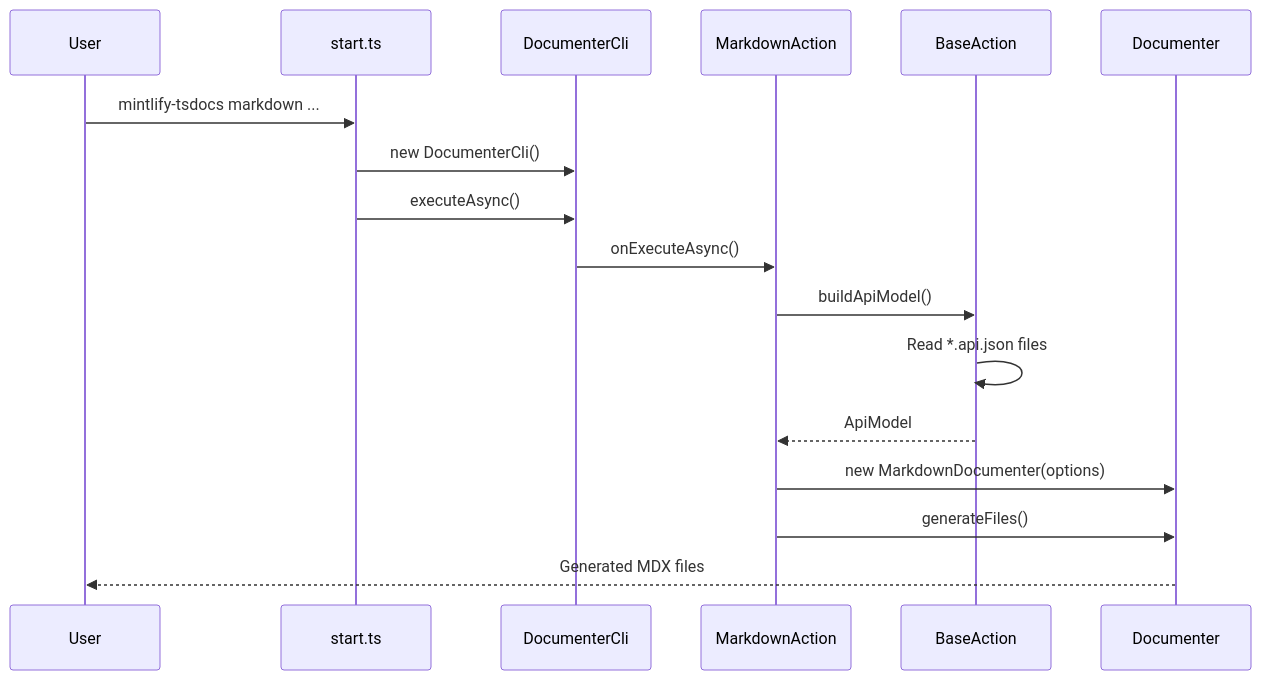
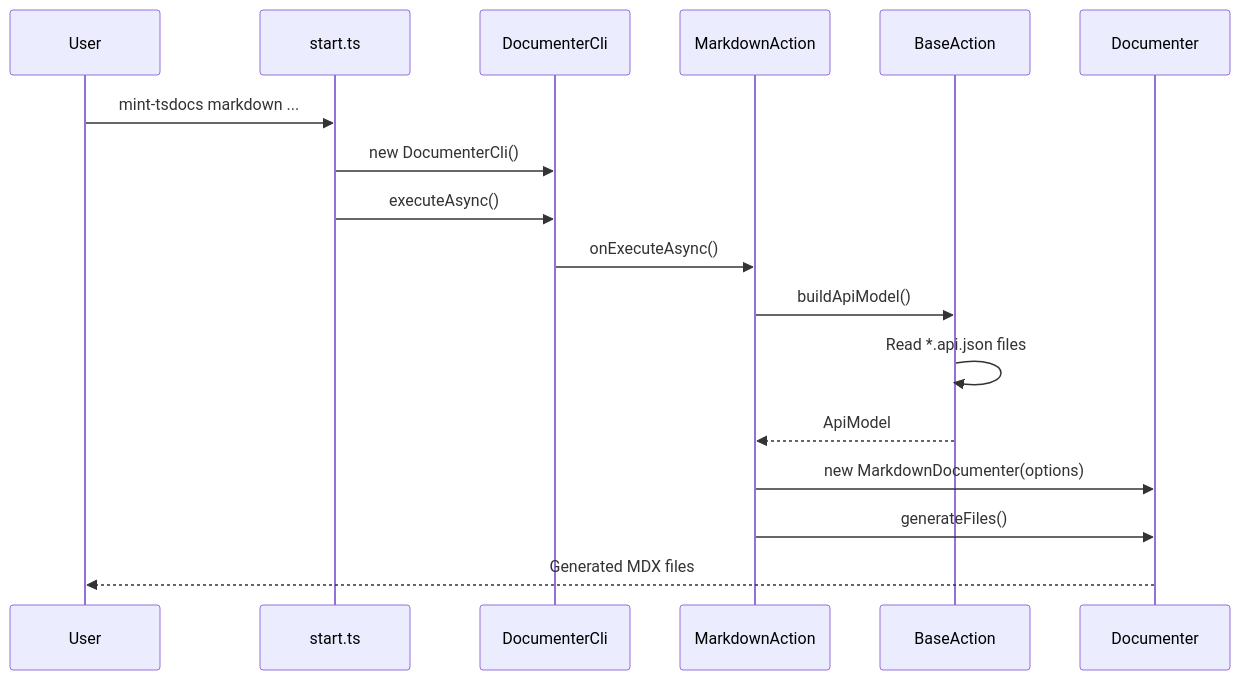
Before and after one commit to svallory/mintlify-tsdocs: the diagram in docs/architecture/cli-layer.mdx, drawn with Mermaid. The commit also changed other lines of this file and 225 other files, not shown here.

````diff
--- a/docs/architecture/cli-layer.mdx
+++ b/docs/architecture/cli-layer.mdx
@@ -128,20 +128,20 @@
 ```mermaid
 sequenceDiagram
     participant User
     participant start.ts
     participant DocumenterCli
     participant MarkdownAction
     participant BaseAction
     participant Documenter
 
-    User->>start.ts: mintlify-tsdocs markdown ...
+    User->>start.ts: mint-tsdocs markdown ...
     start.ts->>DocumenterCli: new DocumenterCli()
     start.ts->>DocumenterCli: executeAsync()
     DocumenterCli->>MarkdownAction: onExecuteAsync()
     MarkdownAction->>BaseAction: buildApiModel()
     BaseAction->>BaseAction: Read *.api.json files
     BaseAction-->>MarkdownAction: ApiModel
     MarkdownAction->>Documenter: new MarkdownDocumenter(options)
     MarkdownAction->>Documenter: generateFiles()
     Documenter-->>User: Generated MDX files
 ```
````
